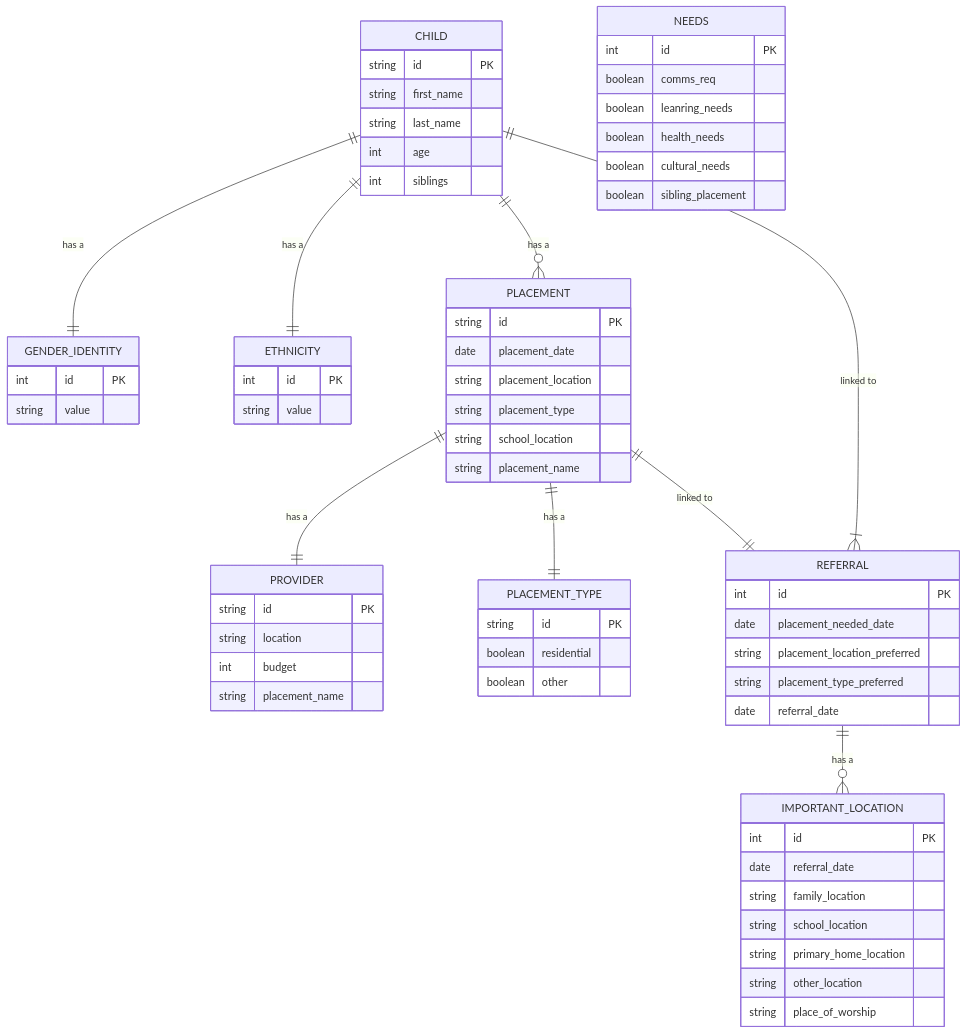
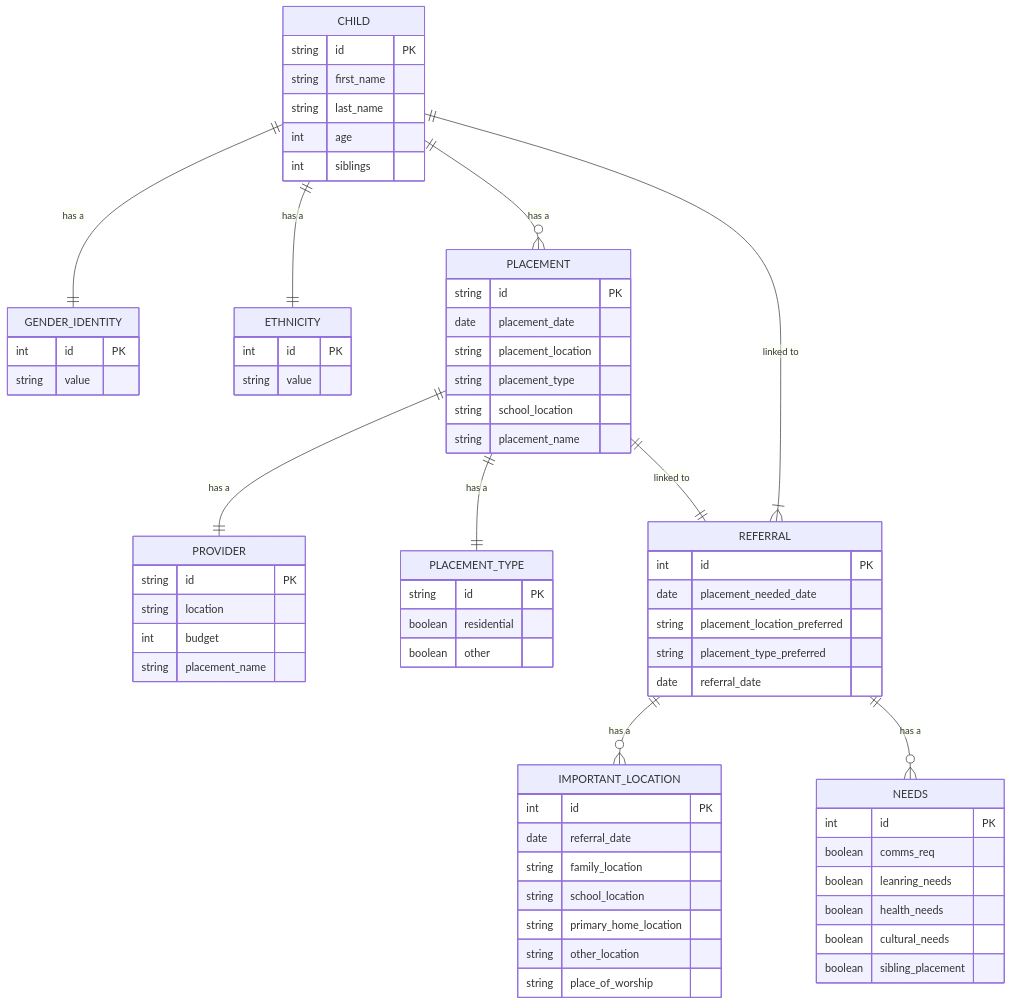
One commit to SocialFinanceDigitalLabs/sw-sufficiency-model changed the diagram in README.md. Above: the diagram before and after it, drawn with Mermaid.

Commit message:
Added needs relationship

````diff
--- a/README.md
+++ b/README.md
@@ -3,69 +3,70 @@
 ```mermaid
 erDiagram
     CHILD ||--|| GENDER_IDENTITY : "has a"
     CHILD ||--|| ETHNICITY : "has a"
     CHILD ||--o{ PLACEMENT : "has a"
     PLACEMENT ||--|| PROVIDER : "has a"
     PLACEMENT ||--|| PLACEMENT_TYPE: "has a"
     PLACEMENT ||--|| REFERRAL : "linked to"
     CHILD ||--|{ REFERRAL : "linked to"
     REFERRAL ||--o{ IMPORTANT_LOCATION : "has a"
+    REFERRAL ||--o{ NEEDS : "has a"
     CHILD {
         string id PK
         string first_name
         string last_name
         int age
         int siblings
     }
     ETHNICITY {
         int id PK
         string value
     }
     GENDER_IDENTITY {
         int id PK
         string value
     }
     PLACEMENT {
         string id PK
         date placement_date
         string placement_location
         string placement_type
         string school_location
         string placement_name
     }
     PROVIDER {
         string id PK
         string location
         int budget
         string placement_name
     }
     PLACEMENT_TYPE {
         string id PK
         boolean residential
         boolean other    
     }
     REFERRAL {
         int id PK
         date placement_needed_date
         string placement_location_preferred
         string placement_type_preferred
         date referral_date
     }
     IMPORTANT_LOCATION {
         int id PK
         date referral_date
         string family_location
         string school_location
         string primary_home_location
         string other_location
         string place_of_worship
     }
     NEEDS {
         int id PK
         boolean comms_req
         boolean leanring_needs
         boolean health_needs
         boolean cultural_needs
         boolean sibling_placement
     }
 ```
````
